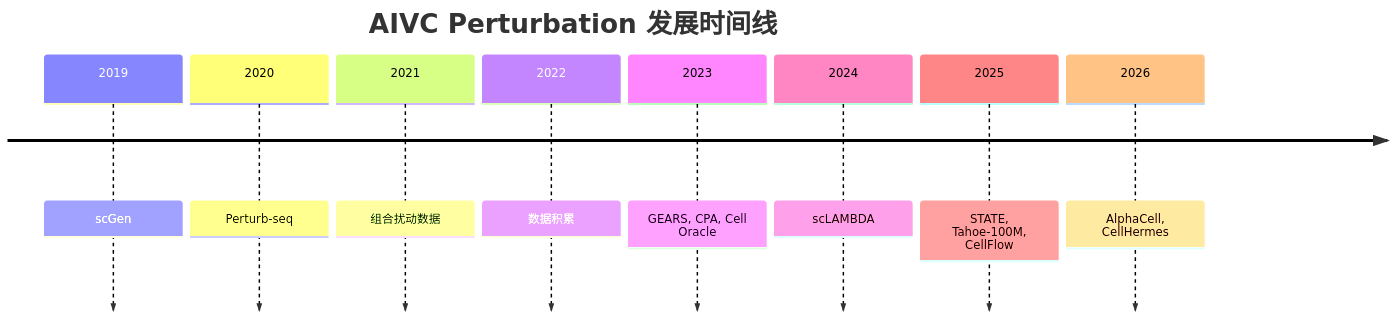
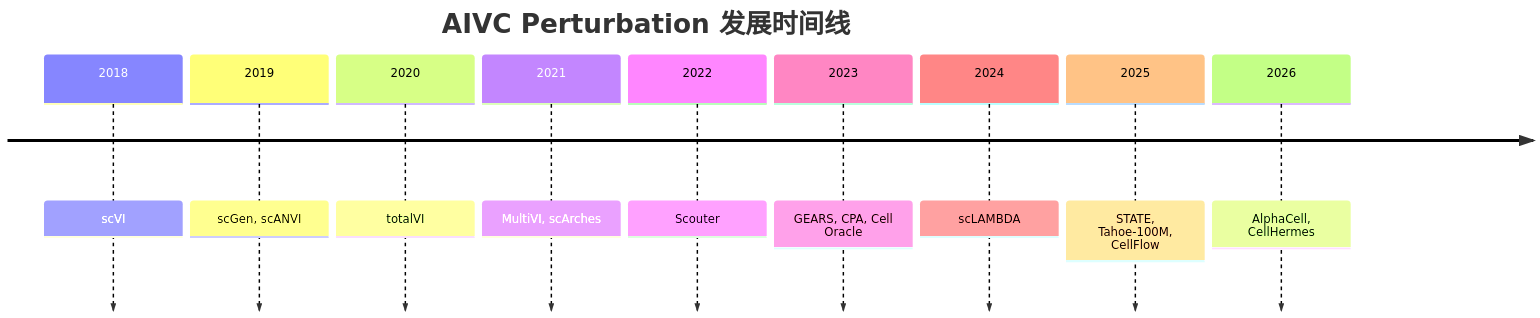
The diagram in 01-Maps/时间线.md (dxyang42/aivc-vault), drawn with Mermaid before and after one commit. The commit also changed other lines of this file and 10 other files, not shown here.

````diff
--- a/01-Maps/时间线.md
+++ b/01-Maps/时间线.md
@@ -67,12 +106,13 @@
 ```mermaid
 timeline
     title AIVC Perturbation 发展时间线
-    2019 : scGen
-    2020 : Perturb-seq
-    2021 : 组合扰动数据
-    2022 : 数据积累
+    2018 : scVI
+    2019 : scGen, scANVI
+    2020 : totalVI
+    2021 : MultiVI, scArches
+    2022 : Scouter
     2023 : GEARS, CPA, Cell Oracle
     2024 : scLAMBDA
     2025 : STATE, Tahoe-100M, CellFlow
     2026 : AlphaCell, CellHermes
 ```
````
